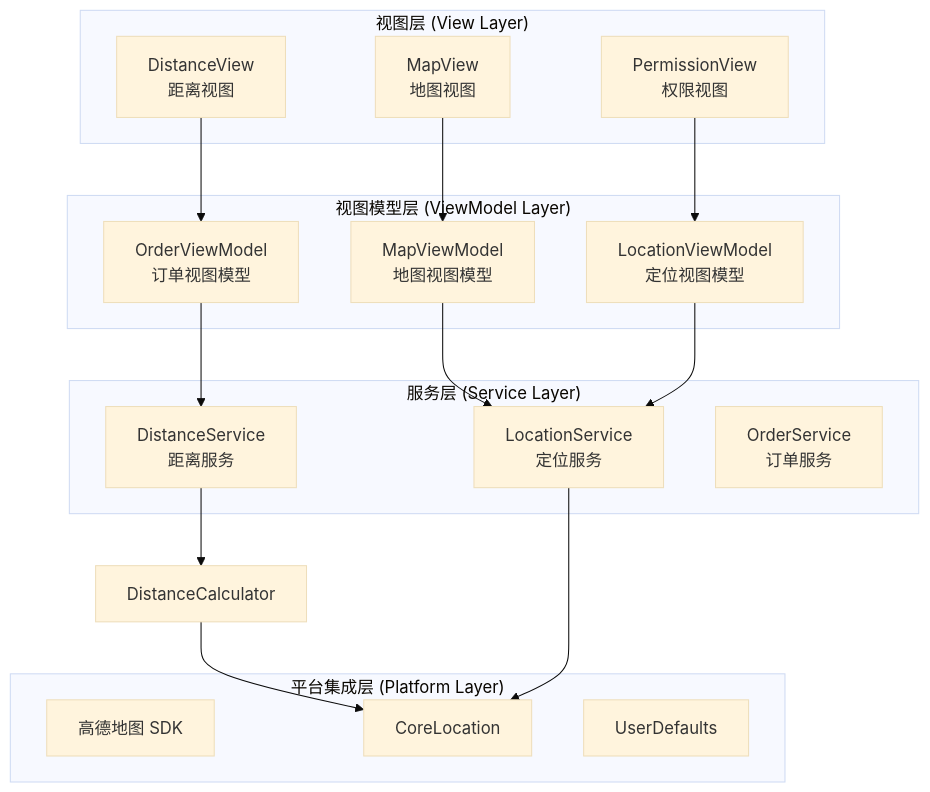
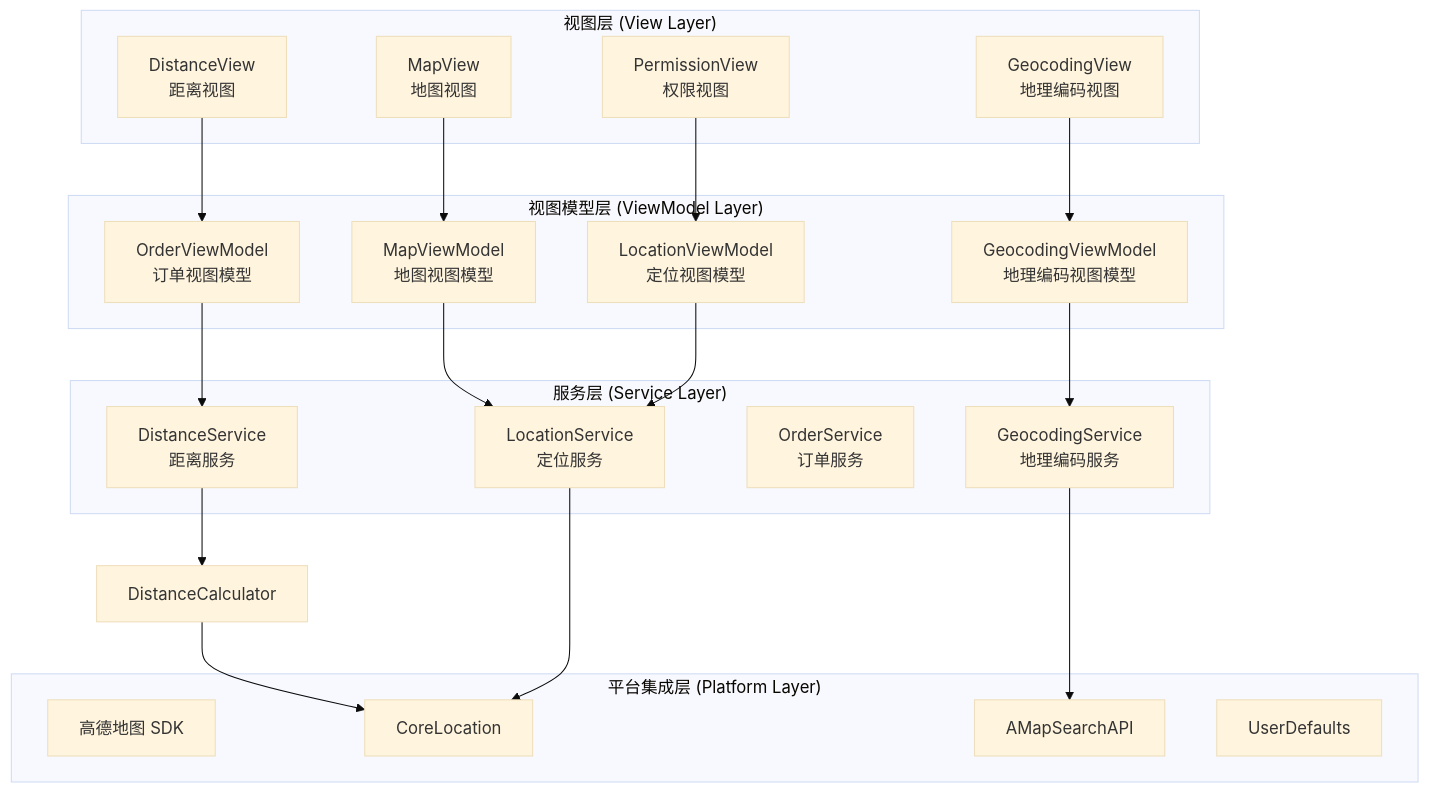
The second of 9 diagrams in .qoder/repowiki/zh/content/架构设计/模块化架构设计/Map 地图模块.md (Jayden23018/blind-run-ios), drawn with Mermaid (base theme) before and after one commit. The commit also changed other lines of this file and 8 other files, not shown here.

````diff
--- a/.qoder/repowiki/zh/content/架构设计/模块化架构设计/Map 地图模块.md
+++ b/.qoder/repowiki/zh/content/架构设计/模块化架构设计/Map 地图模块.md
@@ -181,32 +198,39 @@
 ```mermaid
 graph TB
 subgraph "视图层 (View Layer)"
 MapView[MapView<br/>地图视图]
 PermissionView[PermissionView<br/>权限视图]
 DistanceView[DistanceView<br/>距离视图]
+GeocodingView[GeocodingView<br/>地理编码视图]
 end
 subgraph "视图模型层 (ViewModel Layer)"
 MapViewModel[MapViewModel<br/>地图视图模型]
 LocationViewModel[LocationViewModel<br/>定位视图模型]
 OrderViewModel[OrderViewModel<br/>订单视图模型]
+GeocodingViewModel[GeocodingViewModel<br/>地理编码视图模型]
 end
 subgraph "服务层 (Service Layer)"
 LocationService[LocationService<br/>定位服务]
 DistanceService[DistanceService<br/>距离服务]
 OrderService[OrderService<br/>订单服务]
+GeocodingService[GeocodingService<br/>地理编码服务]
 end
 subgraph "平台集成层 (Platform Layer)"
 AMapSDK[高德地图 SDK]
 CoreLocation[CoreLocation]
+AMapSearch[AMapSearchAPI]
 UserDefaults[UserDefaults]
 end
 MapView --> MapViewModel
 PermissionView --> LocationViewModel
 DistanceView --> OrderViewModel
+GeocodingView --> GeocodingViewModel
 MapViewModel --> LocationService
 LocationViewModel --> LocationService
 OrderViewModel --> DistanceService
+GeocodingViewModel --> GeocodingService
 DistanceService --> DistanceCalculator
 DistanceCalculator --> CoreLocation
 LocationService --> CoreLocation
+GeocodingService --> AMapSearch
 ```
````
